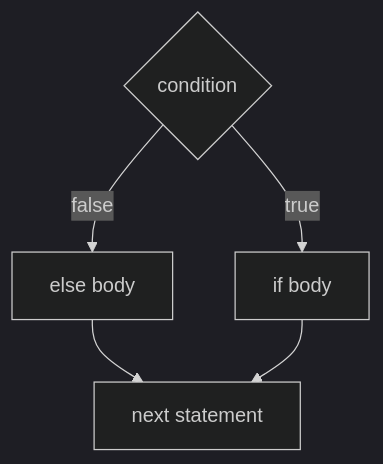
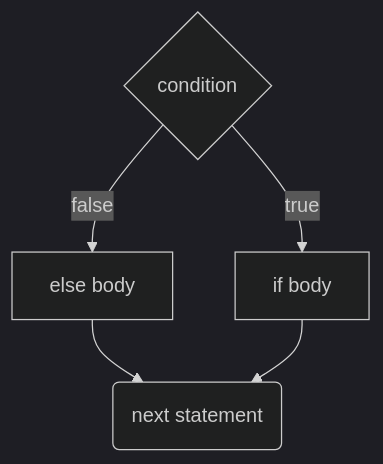
Before and after one commit to Allen-B1/java-lessons: the second of 3 diagrams in C1.md, drawn with Mermaid (dark theme). The commit also changed other lines of this file and 5 other files, not shown here.

Commit message:
Fix loop diagrams

````diff
--- a/C1.md
+++ b/C1.md
@@ -31,7 +31,7 @@
 ```mermaid
 graph TD
 condition{"condition"} --> |true| body["if body"]
 condition --> |false| else["else body"]
-else --> continue["next statement"]
-body --> continue
+else --> next("next statement")
+body --> next
 ```
````
